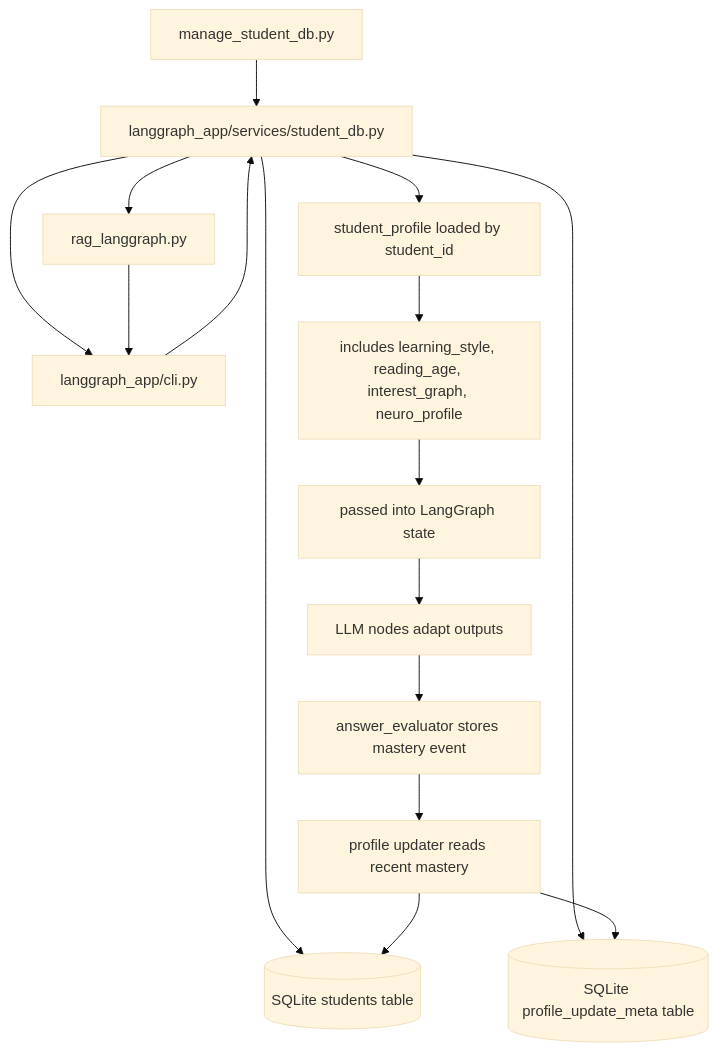
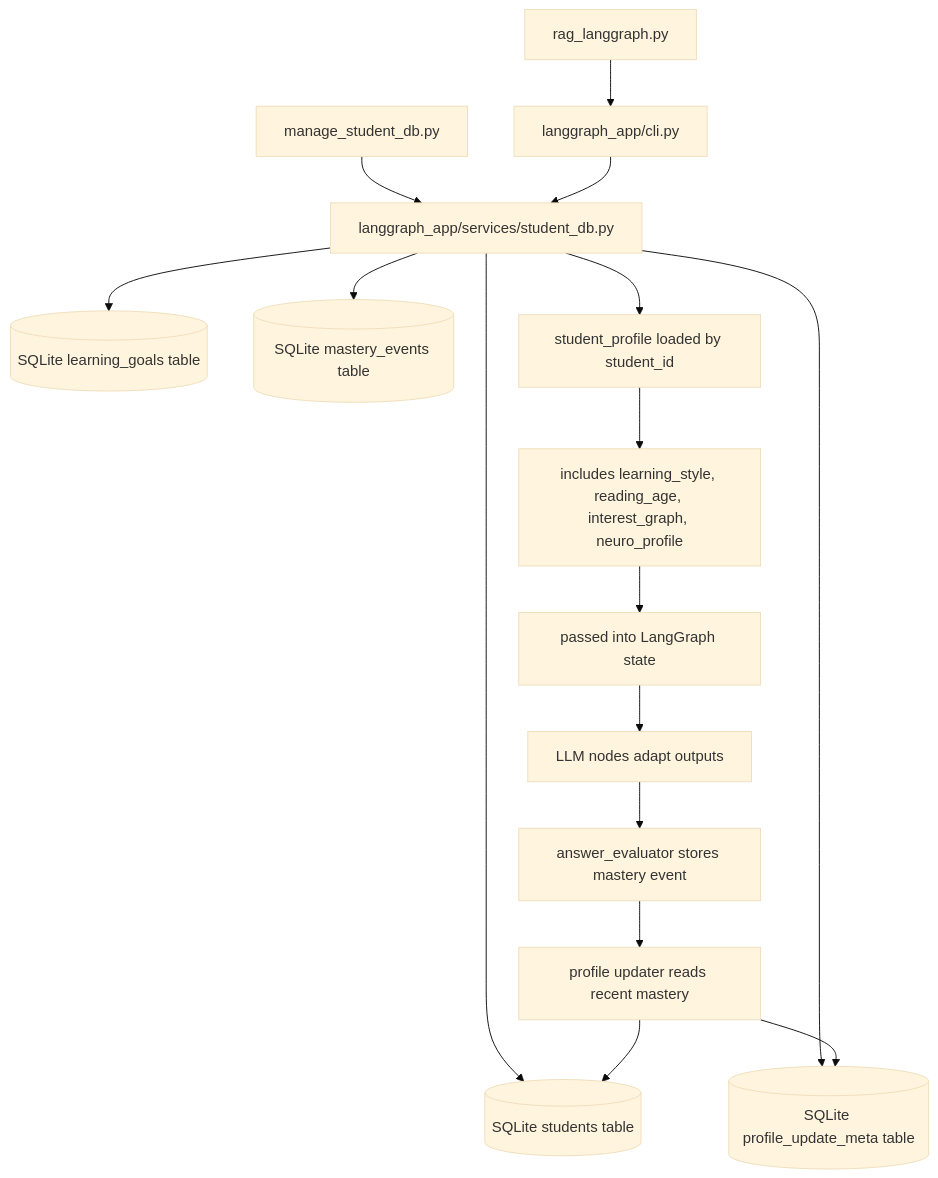
One commit to arxhr007/neurolearn changed the second of 2 diagrams in docs/FLOW.md. Above: the diagram before and after it, drawn with Mermaid (base theme). The commit also changed other lines of this file and 17 other files, not shown here.

````diff
--- a/docs/FLOW.md
+++ b/docs/FLOW.md
@@ -53,18 +53,20 @@
 ```mermaid
 flowchart TD
     A[manage_student_db.py] --> B[langgraph_app/services/student_db.py]
-    B --> C[(SQLite students table)]
-    B --> D[(SQLite learning_goals table)]
-    B --> E[(SQLite mastery_events table)]
-    B --> F[(SQLite profile_update_meta table)]
-    D[rag_langgraph.py] --> E[langgraph_app/cli.py]
-    E --> B
-    B --> G[student_profile loaded by student_id]
-    G --> H[includes learning_style, reading_age, interest_graph, neuro_profile]
-    H --> I[passed into LangGraph state]
-    I --> J[LLM nodes adapt outputs]
-    J --> K[answer_evaluator stores mastery event]
-    K --> L[profile updater reads recent mastery]
-    L --> C
-    L --> F
+    R[rag_langgraph.py] --> C[langgraph_app/cli.py]
+    C --> B
+
+    B --> S[(SQLite students table)]
+    B --> G[(SQLite learning_goals table)]
+    B --> M[(SQLite mastery_events table)]
+    B --> P[(SQLite profile_update_meta table)]
+
+    B --> H[student_profile loaded by student_id]
+    H --> I[includes learning_style, reading_age, interest_graph, neuro_profile]
+    I --> J[passed into LangGraph state]
+    J --> K[LLM nodes adapt outputs]
+    K --> L[answer_evaluator stores mastery event]
+    L --> U[profile updater reads recent mastery]
+    U --> S
+    U --> P
 ```
````
